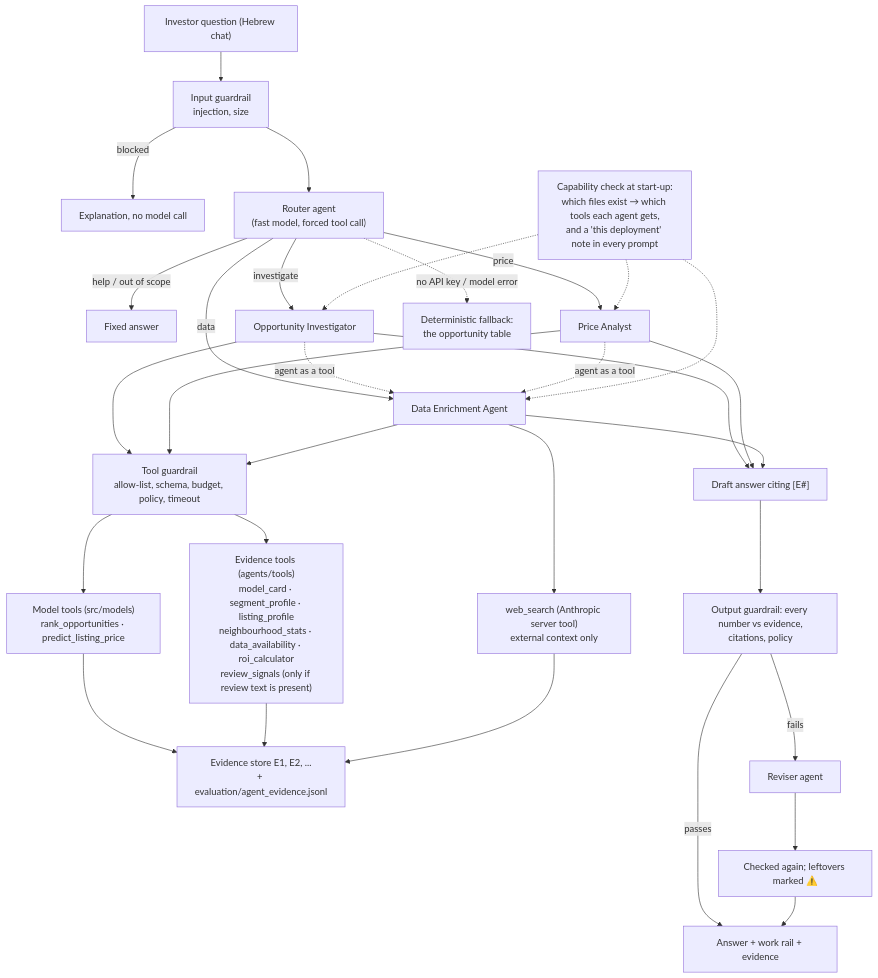
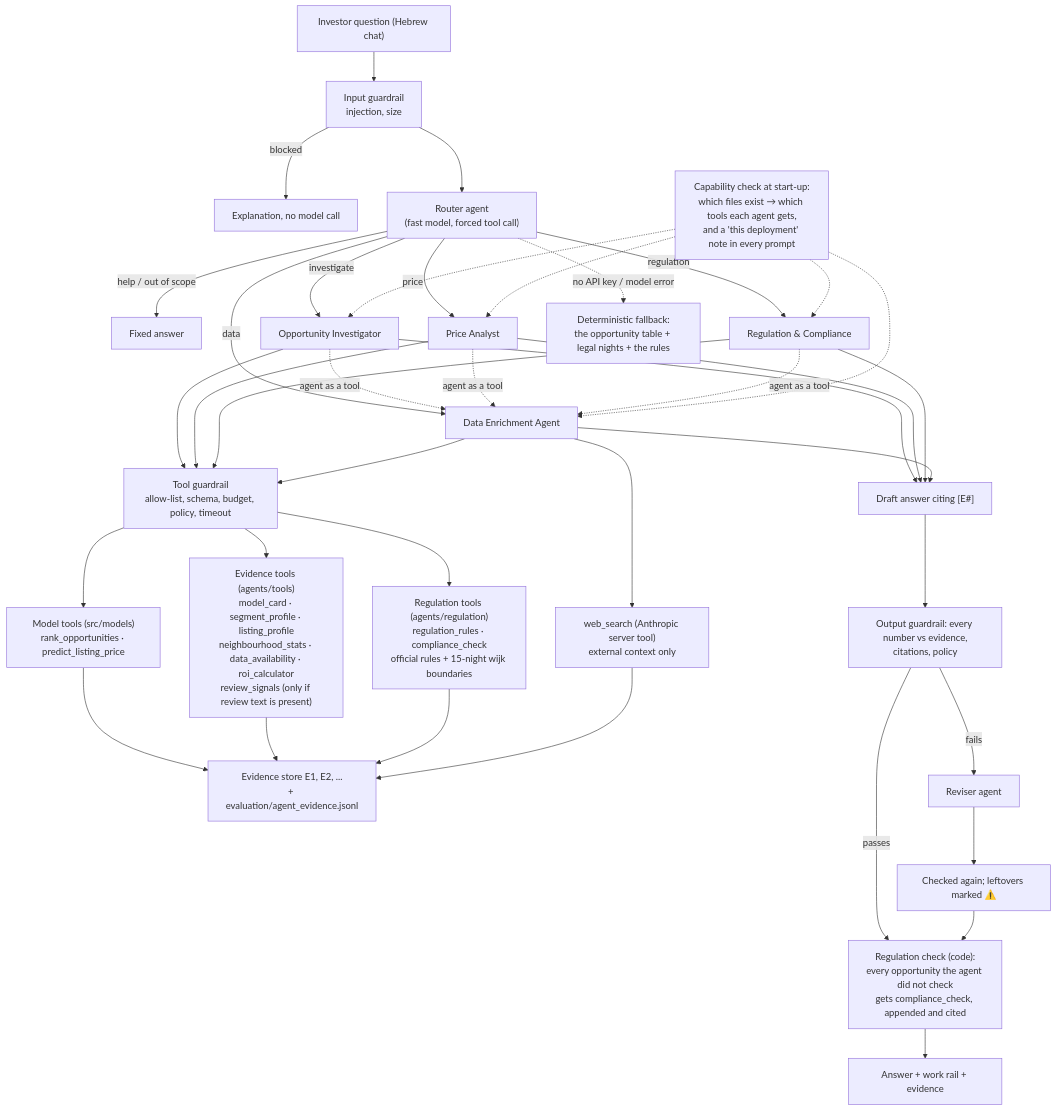
Before and after one commit to roness3yn/property-investment-intelligence-system: the diagram in docs/agents.md, drawn with Mermaid. The commit also changed other lines of this file and 23 other files, not shown here.

````diff
--- a/docs/agents.md
+++ b/docs/agents.md
@@ -13,24 +13,28 @@
 ```mermaid
 flowchart TD
     U["Investor question (Hebrew chat)"] --> IG["Input guardrail<br/>injection, size"]
     IG -->|blocked| A0["Explanation, no model call"]
     IG --> R["Router agent<br/>(fast model, forced tool call)"]
     R -->|help / out of scope| A1["Fixed answer"]
     R -->|investigate| INV["Opportunity Investigator"]
     R -->|price| PA["Price Analyst"]
+    R -->|regulation| CO["Regulation & Compliance"]
     R -->|data| EN["Data Enrichment Agent"]
     INV -. "agent as a tool" .-> EN
     PA -. "agent as a tool" .-> EN
-    CAP["Capability check at start-up:<br/>which files exist → which tools each agent gets,<br/>and a 'this deployment' note in every prompt"] -.-> INV & PA & EN
-    INV & PA & EN --> TG["Tool guardrail<br/>allow-list, schema, budget, policy, timeout"]
+    CO -. "agent as a tool" .-> EN
+    CAP["Capability check at start-up:<br/>which files exist → which tools each agent gets,<br/>and a 'this deployment' note in every prompt"] -.-> INV & PA & CO & EN
+    INV & PA & CO & EN --> TG["Tool guardrail<br/>allow-list, schema, budget, policy, timeout"]
     TG --> M["Model tools (src/models)<br/>rank_opportunities · predict_listing_price"]
     TG --> E["Evidence tools (agents/tools)<br/>model_card · segment_profile · listing_profile<br/>neighbourhood_stats · data_availability · roi_calculator<br/>review_signals (only if review text is present)"]
+    TG --> RG["Regulation tools (agents/regulation)<br/>regulation_rules · compliance_check<br/>official rules + 15-night wijk boundaries"]
     EN --> W["web_search (Anthropic server tool)<br/>external context only"]
-    M & E & W --> EV["Evidence store E1, E2, ...<br/>+ evaluation/agent_evidence.jsonl"]
-    INV & PA & EN --> D["Draft answer citing [E#]"]
+    M & E & RG & W --> EV["Evidence store E1, E2, ...<br/>+ evaluation/agent_evidence.jsonl"]
+    INV & PA & CO & EN --> D["Draft answer citing [E#]"]
     D --> OG["Output guardrail: every number vs evidence,<br/>citations, policy"]
     OG -->|fails| RV["Reviser agent"] --> OG2["Checked again; leftovers marked ⚠️"]
-    OG -->|passes| OUT["Answer + work rail + evidence"]
-    OG2 --> OUT
-    R -. "no API key / model error" .-> FB["Deterministic fallback:<br/>the opportunity table"]
+    OG -->|passes| RC["Regulation check (code):<br/>every opportunity the agent did not check<br/>gets compliance_check, appended and cited"]
+    OG2 --> RC
+    RC --> OUT["Answer + work rail + evidence"]
+    R -. "no API key / model error" .-> FB["Deterministic fallback:<br/>the opportunity table + legal nights + the rules"]
 ```
````
